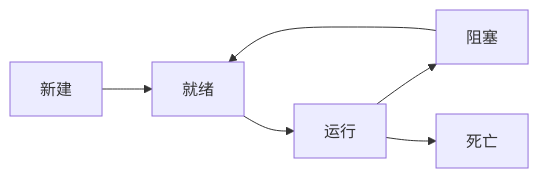
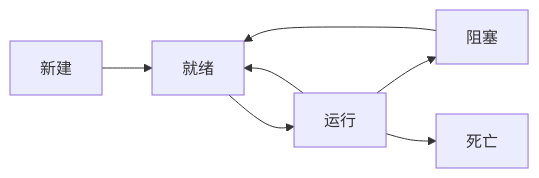
The diagram in 09-concurrent/README.md (anarchical/java-learn), drawn with Mermaid before and after one commit. The commit also changed other lines of this file and 6 other files, not shown here.

````diff
--- a/09-concurrent/README.md
+++ b/09-concurrent/README.md
@@ -111,7 +111,8 @@
 ```mermaid
 graph LR
 新建-->就绪
 就绪-->运行
 运行-->阻塞 & 死亡
+运行-->就绪
 阻塞-->就绪
 ```
````
